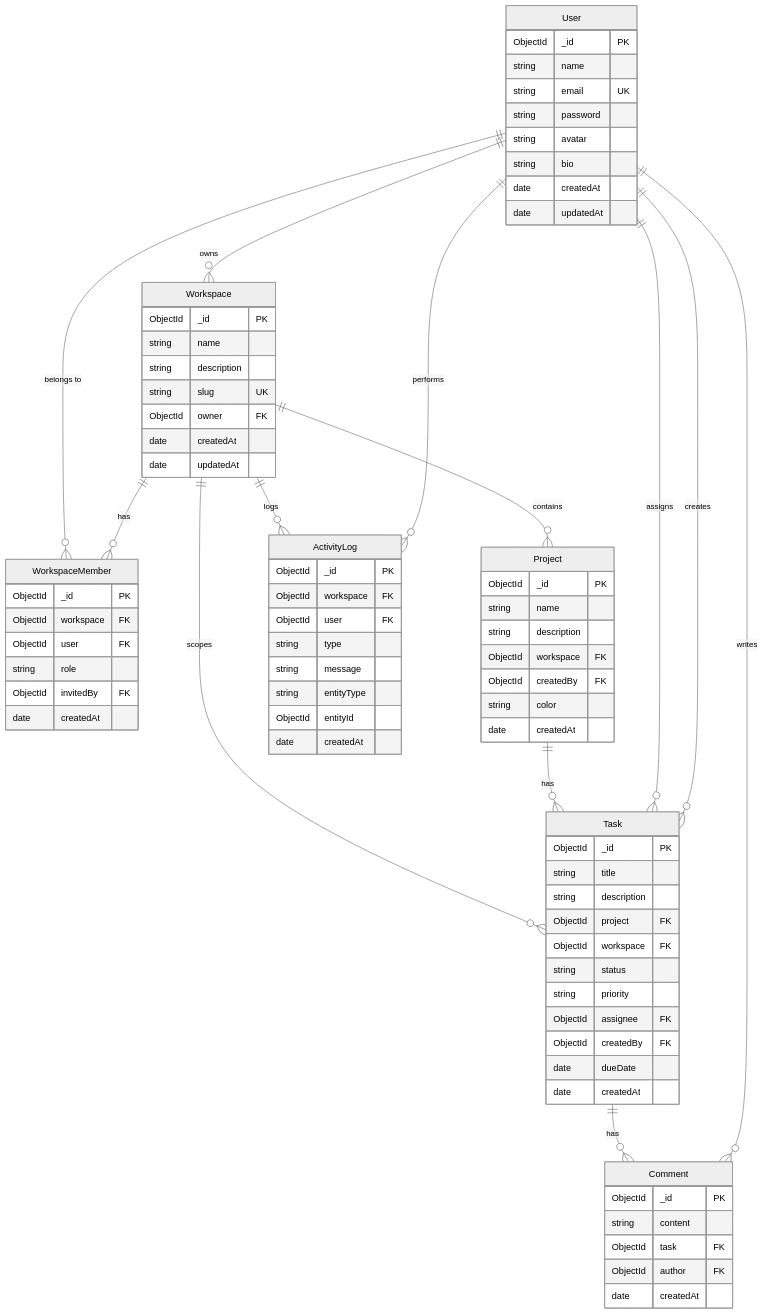
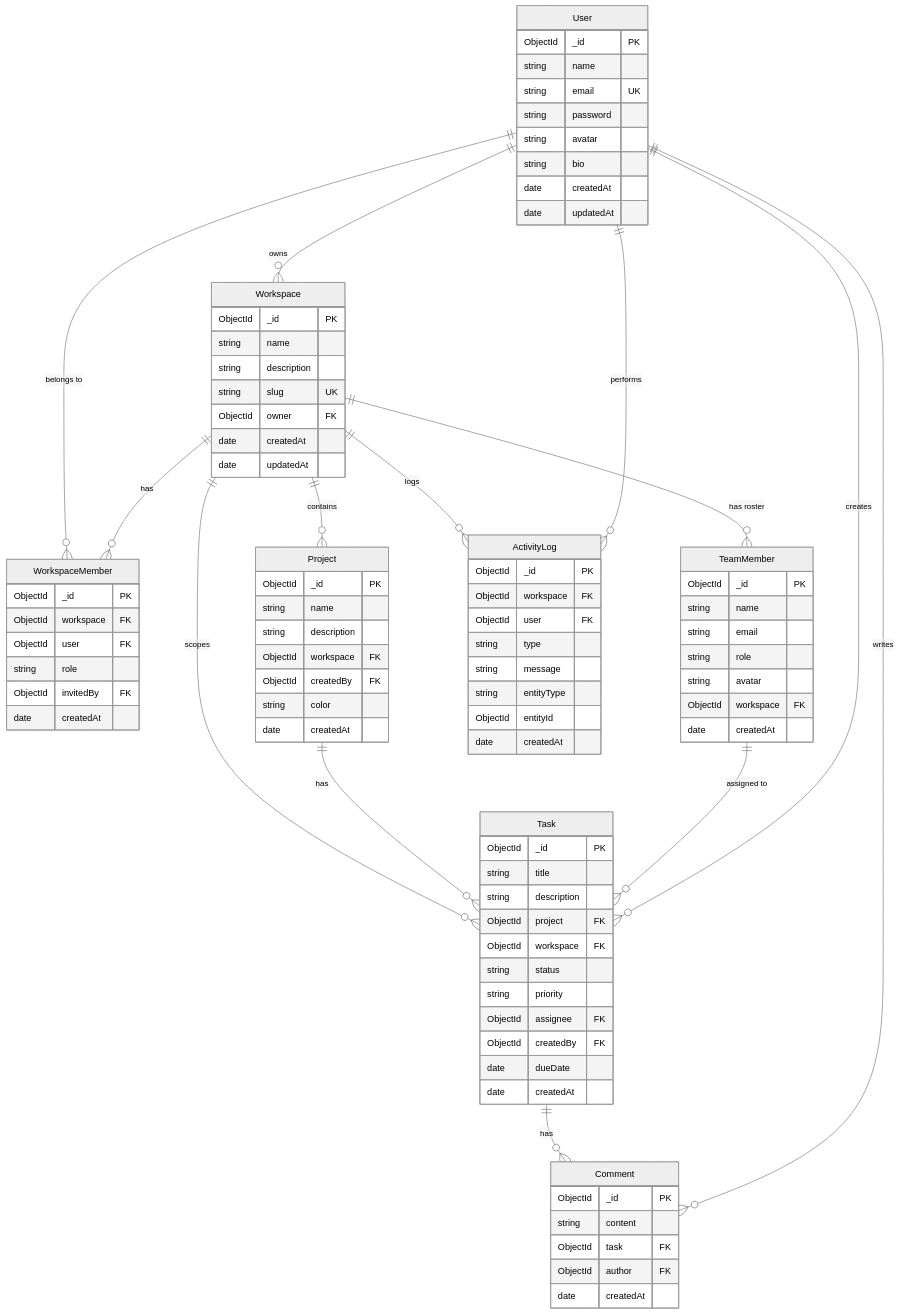
One commit to laithkh12/final-proj changed the diagram in docs/erd.md. Above: the diagram before and after it, drawn with Mermaid (neutral theme). The commit also changed other lines of this file and 27 other files, not shown here.

```diff
--- a/docs/erd.md
+++ b/docs/erd.md
@@ -7,11 +7,12 @@
     User ||--o{ WorkspaceMember : "belongs to"
     User ||--o{ Workspace : "owns"
     Workspace ||--o{ WorkspaceMember : "has"
+    Workspace ||--o{ TeamMember : "has roster"
     Workspace ||--o{ Project : "contains"
     Workspace ||--o{ Task : "scopes"
     Workspace ||--o{ ActivityLog : "logs"
     Project ||--o{ Task : "has"
-    User ||--o{ Task : "assigns"
+    TeamMember ||--o{ Task : "assigned to"
     User ||--o{ Task : "creates"
     Task ||--o{ Comment : "has"
     User ||--o{ Comment : "writes"
@@ -44,6 +45,16 @@
         ObjectId user FK
         string role
         ObjectId invitedBy FK
+        date createdAt
+    }
+
+    TeamMember {
+        ObjectId _id PK
+        string name
+        string email
+        string role
+        string avatar
+        ObjectId workspace FK
         date createdAt
     }
 
```
